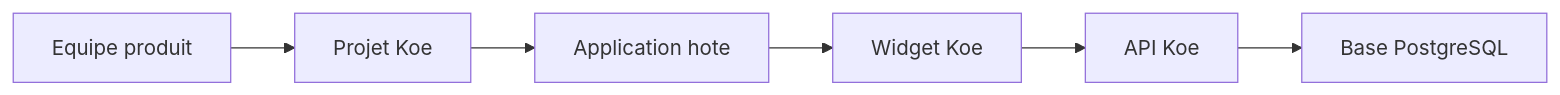
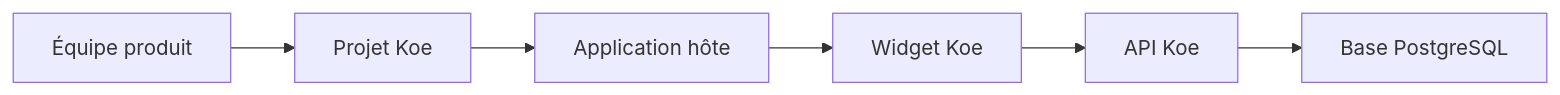
Before and after one commit to Wifsimster/koe: the diagram in README.md, drawn with Mermaid. The commit also changed other lines of this file, not shown here.

````diff
--- a/README.md
+++ b/README.md
@@ -180,8 +180,8 @@
 ```mermaid
 graph LR
-    A[Equipe produit] --> B[Projet Koe]
-    B --> C[Application hote]
+    A[Équipe produit] --> B[Projet Koe]
+    B --> C[Application hôte]
     C --> D[Widget Koe]
     D --> E[API Koe]
     E --> F[Base PostgreSQL]
 ```
````
